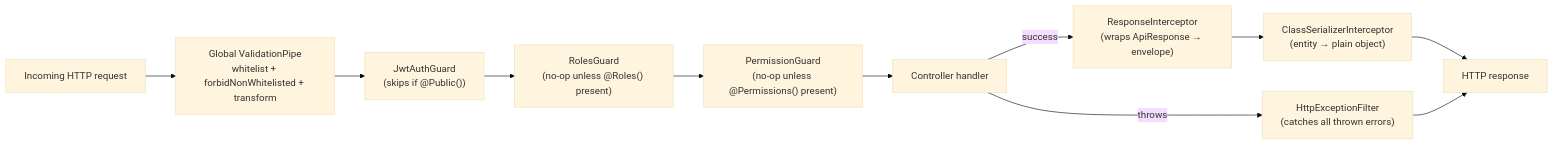
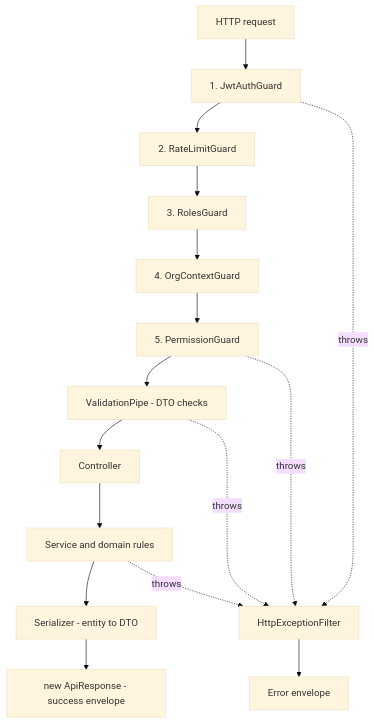
The third of 6 diagrams in docs/architecture.md (sharma-dikshant/TestFlow-Docs), drawn with Mermaid (base theme) before and after one commit. The commit also changed other lines of this file and 26 other files, not shown here.

````diff
--- a/docs/architecture.md
+++ b/docs/architecture.md
@@ -72,17 +154,18 @@
 ```mermaid
-flowchart LR
-    req["Incoming HTTP request"]
-    vpipe["Global ValidationPipe\nwhitelist + forbidNonWhitelisted + transform"]
-    g1["JwtAuthGuard\n(skips if @Public())"]
-    g2["RolesGuard\n(no-op unless @Roles() present)"]
-    g3["PermissionGuard\n(no-op unless @Permissions() present)"]
-    handler["Controller handler"]
-    respI["ResponseInterceptor\n(wraps ApiResponse → envelope)"]
-    serI["ClassSerializerInterceptor\n(entity → plain object)"]
-    filter["HttpExceptionFilter\n(catches all thrown errors)"]
-    res["HTTP response"]
-
-    req --> vpipe --> g1 --> g2 --> g3 --> handler
-    handler -->|"success"| respI --> serI --> res
-    handler -->|"throws"| filter --> res
+flowchart TB
+    req["HTTP request"] --> g1["1. JwtAuthGuard"]
+    g1 --> g2["2. RateLimitGuard"]
+    g2 --> g3["3. RolesGuard"]
+    g3 --> g4["4. OrgContextGuard"]
+    g4 --> g5["5. PermissionGuard"]
+    g5 --> pipe["ValidationPipe - DTO checks"]
+    pipe --> ctrl["Controller"]
+    ctrl --> svc["Service and domain rules"]
+    svc --> ser["Serializer - entity to DTO"]
+    ser --> ok["new ApiResponse - success envelope"]
+    g1 -. "throws" .-> filter["HttpExceptionFilter"]
+    g5 -. "throws" .-> filter
+    pipe -. "throws" .-> filter
+    svc -. "throws" .-> filter
+    filter --> err["Error envelope"]
 ```
````
